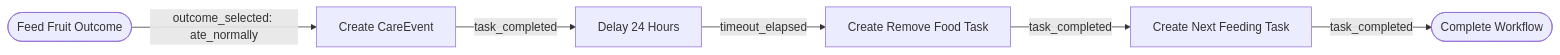
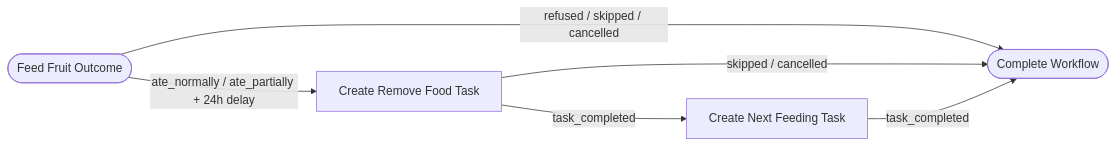
The diagram in docs/WORKFLOW_GRAPHS.md (NolanBecker/ha-reptilecare), drawn with Mermaid before and after one commit. The commit also changed other lines of this file and 25 other files, not shown here.

````diff
--- a/docs/WORKFLOW_GRAPHS.md
+++ b/docs/WORKFLOW_GRAPHS.md
@@ -100,15 +102,13 @@
 ```mermaid
 flowchart LR
     Start([Feed Fruit Outcome])
-    Event[Create CareEvent]
-    Wait[Delay 24 Hours]
     Remove[Create Remove Food Task]
     Next[Create Next Feeding Task]
     End([Complete Workflow])
 
-    Start -->|outcome_selected: ate_normally| Event
-    Event -->|task_completed| Wait
-    Wait -->|timeout_elapsed| Remove
+    Start -->|ate_normally / ate_partially + 24h delay| Remove
+    Start -->|refused / skipped / cancelled| End
     Remove -->|task_completed| Next
+    Remove -->|skipped / cancelled| End
     Next -->|task_completed| End
 ```
````
